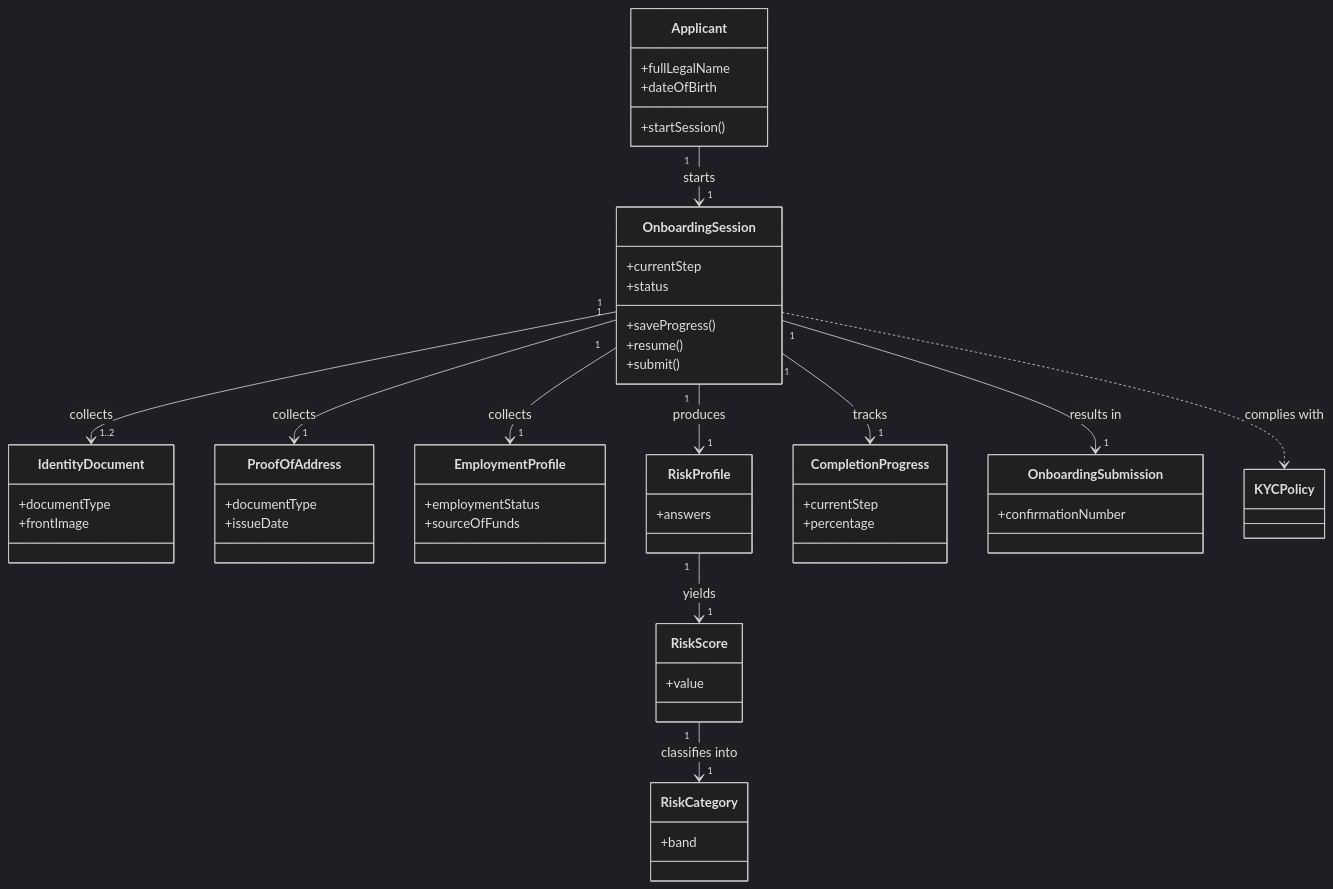
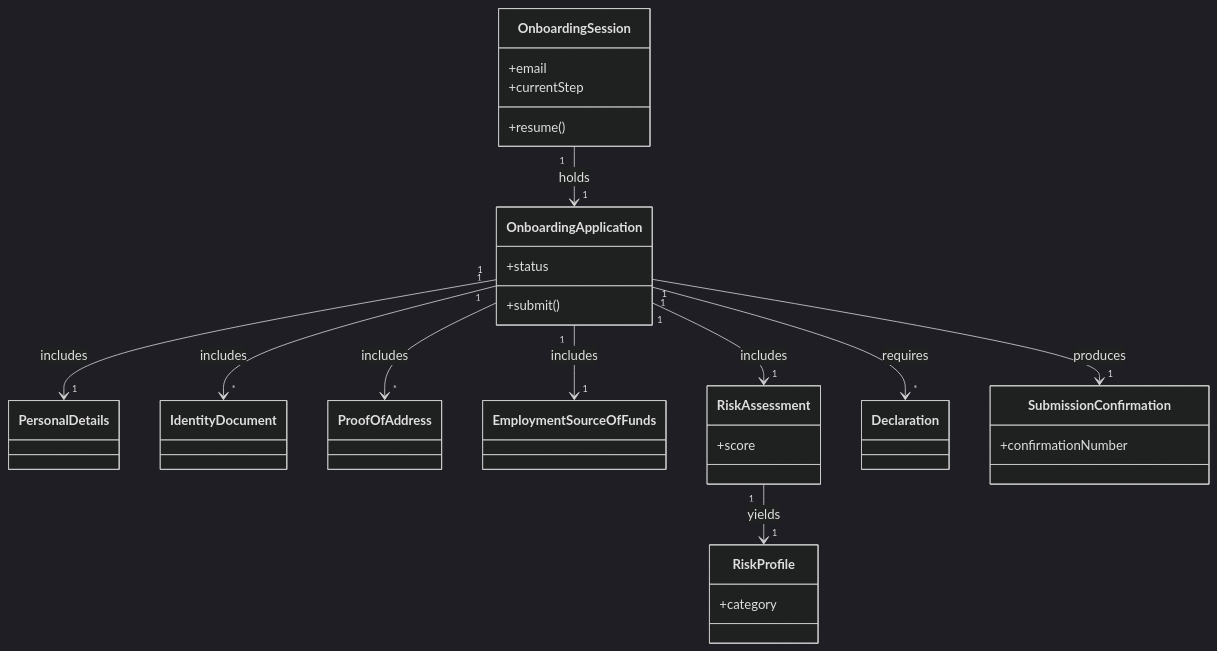
Before and after one commit to rodenacker/requirements-generator: the diagram in requirements/requirements-draft.md, drawn with Mermaid (dark theme). The commit also changed other lines of this file and 12 other files, not shown here.

````diff
--- a/requirements/requirements-draft.md
+++ b/requirements/requirements-draft.md
@@ -110,54 +109,35 @@
 ```mermaid
 classDiagram
-    class Applicant {
-      +fullLegalName
-      +dateOfBirth
-      +startSession()
+    class OnboardingSession {
+      +email
+      +currentStep
+      +resume()
     }
-    class OnboardingSession {
-      +currentStep
+    class OnboardingApplication {
       +status
-      +saveProgress()
-      +resume()
       +submit()
     }
-    class IdentityDocument {
-      +documentType
-      +frontImage
-    }
-    class ProofOfAddress {
-      +documentType
-      +issueDate
-    }
-    class EmploymentProfile {
-      +employmentStatus
-      +sourceOfFunds
+    class PersonalDetails
+    class IdentityDocument
+    class ProofOfAddress
+    class EmploymentSourceOfFunds
+    class RiskAssessment {
+      +score
     }
     class RiskProfile {
-      +answers
+      +category
     }
-    class RiskScore {
-      +value
-    }
-    class RiskCategory {
-      +band
-    }
-    class CompletionProgress {
-      +currentStep
-      +percentage
-    }
-    class OnboardingSubmission {
+    class Declaration
+    class SubmissionConfirmation {
       +confirmationNumber
     }
-    class KYCPolicy
-    Applicant "1" --> "1" OnboardingSession : starts
-    OnboardingSession "1" --> "1..2" IdentityDocument : collects
-    OnboardingSession "1" --> "1" ProofOfAddress : collects
-    OnboardingSession "1" --> "1" EmploymentProfile : collects
-    OnboardingSession "1" --> "1" RiskProfile : produces
-    OnboardingSession "1" --> "1" CompletionProgress : tracks
-    RiskProfile "1" --> "1" RiskScore : yields
-    RiskScore "1" --> "1" RiskCategory : classifies into
-    OnboardingSession "1" --> "1" OnboardingSubmission : results in
-    OnboardingSession ..> KYCPolicy : complies with
+    OnboardingSession "1" --> "1" OnboardingApplication : holds
+    OnboardingApplication "1" --> "1" PersonalDetails : includes
+    OnboardingApplication "1" --> "*" IdentityDocument : includes
+    OnboardingApplication "1" --> "*" ProofOfAddress : includes
+    OnboardingApplication "1" --> "1" EmploymentSourceOfFunds : includes
+    OnboardingApplication "1" --> "1" RiskAssessment : includes
+    RiskAssessment "1" --> "1" RiskProfile : yields
+    OnboardingApplication "1" --> "*" Declaration : requires
+    OnboardingApplication "1" --> "1" SubmissionConfirmation : produces
 ```
````
